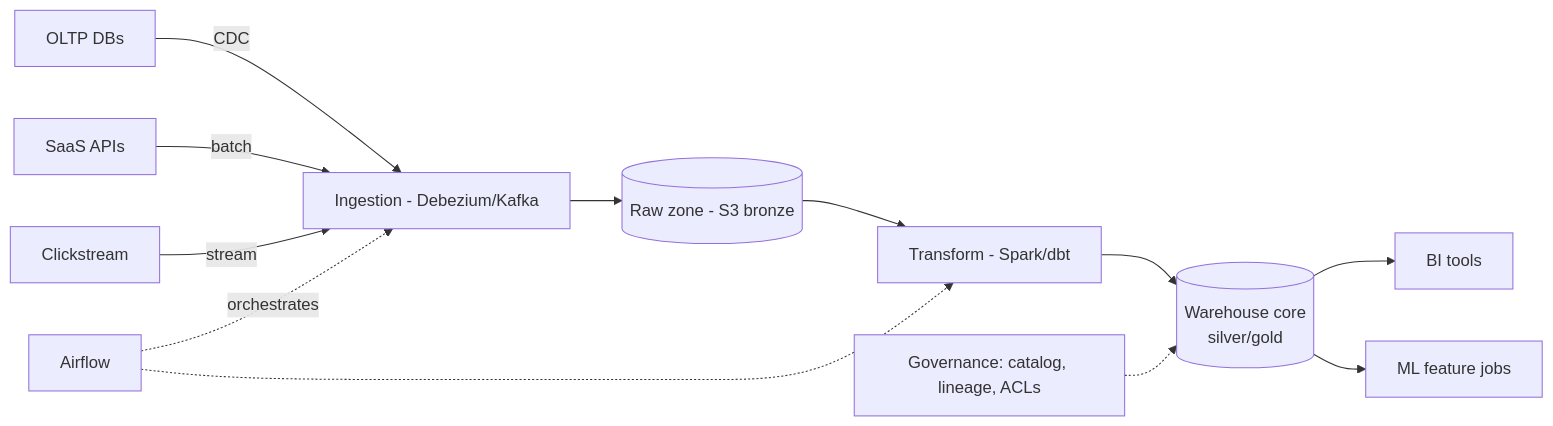
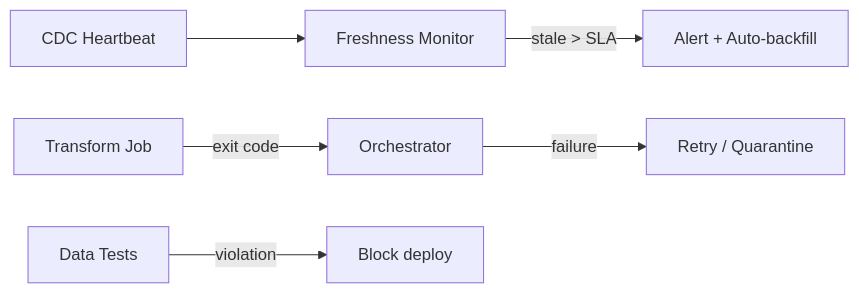
One commit to abhishekghoshh/system-design-helper changed the eighth of 15 diagrams in docs/system-design/high-level/designing/advanced/data-warehouse.md. Above: the diagram before and after it, drawn with Mermaid. The commit also changed other lines of this file and 107 other files, not shown here.

````diff
--- a/docs/system-design/high-level/designing/advanced/data-warehouse.md
+++ b/docs/system-design/high-level/designing/advanced/data-warehouse.md
@@ -172,14 +428,8 @@
 ```mermaid
 flowchart LR
-    SRC1[OLTP DBs] -->|CDC| ING[Ingestion - Debezium/Kafka]
-    SRC2[SaaS APIs] -->|batch| ING
-    SRC3[Clickstream] -->|stream| ING
-    ING --> RAW[(Raw zone - S3 bronze)]
-    RAW --> TRF[Transform - Spark/dbt]
-    TRF --> WH[(Warehouse core<br/>silver/gold)]
-    WH --> BI[BI tools]
-    WH --> ML[ML feature jobs]
-    ORCH[Airflow] -.orchestrates.-> ING
-    ORCH -.-> TRF
-    GOV[Governance: catalog, lineage, ACLs] -.-> WH
+    CDC[CDC Heartbeat] --> MON[Freshness Monitor]
+    MON --> |stale > SLA| ALERT[Alert + Auto-backfill]
+    JOB[Transform Job] --> |exit code| ORCH[Orchestrator]
+    ORCH --> |failure| RETRY[Retry / Quarantine]
+    TESTS[Data Tests] --> |violation| BLOCK[Block deploy]
 ```
````
